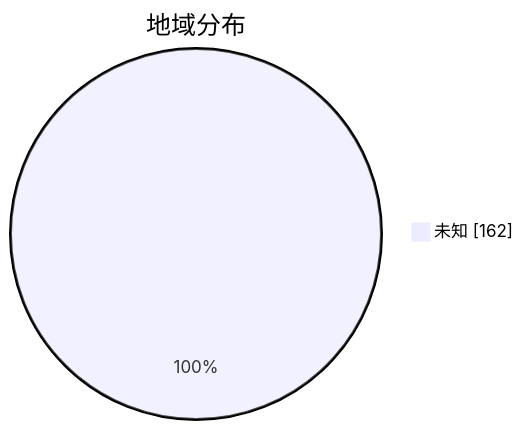
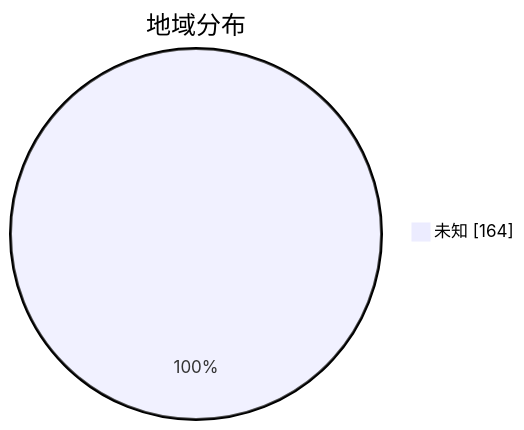
One commit to qjlxg/airport changed the second of 3 diagrams in subs/statistics/tested_within.md. Above: the diagram before and after it, drawn with Mermaid. The commit also changed other lines of this file and 2 other files, not shown here.

````diff
--- a/subs/statistics/tested_within.md
+++ b/subs/statistics/tested_within.md
@@ -11,5 +11,5 @@
 ```mermaid
 pie showData
 title 地域分布
-"未知" : 162
+"未知" : 164
 ```
````
